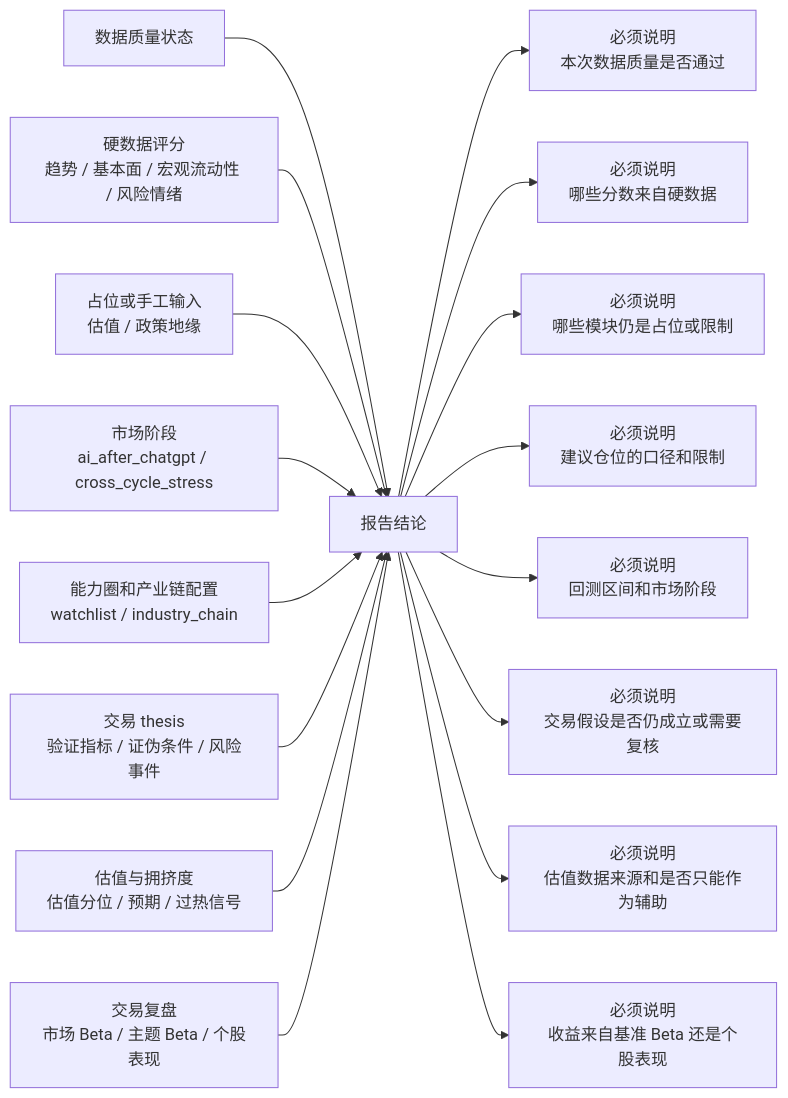
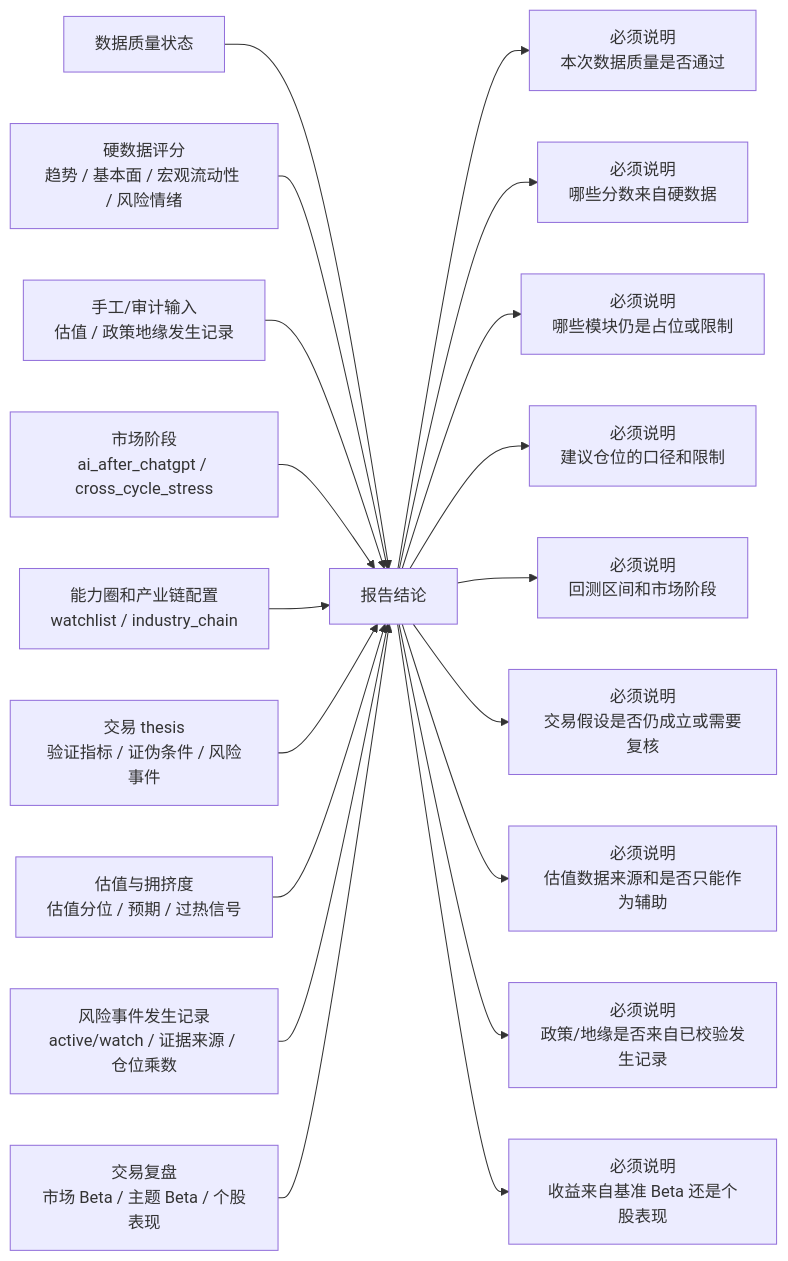
Before and after one commit to AI-Trading-Collaboration/AITradingSystem: the fourth of 5 diagrams in docs/system_flow.md, drawn with Mermaid. The commit also changed other lines of this file and 15 other files, not shown here.

````diff
--- a/docs/system_flow.md
+++ b/docs/system_flow.md
@@ -317,20 +326,22 @@
 ```mermaid
 flowchart LR
     A["数据质量状态"] --> E["报告结论"]
     B["硬数据评分<br/>趋势 / 基本面 / 宏观流动性 / 风险情绪"] --> E
-    C["占位或手工输入<br/>估值 / 政策地缘"] --> E
+    C["手工/审计输入<br/>估值 / 政策地缘发生记录"] --> E
     D["市场阶段<br/>ai_after_chatgpt / cross_cycle_stress"] --> E
     F["能力圈和产业链配置<br/>watchlist / industry_chain"] --> E
     L["交易 thesis<br/>验证指标 / 证伪条件 / 风险事件"] --> E
     N["估值与拥挤度<br/>估值分位 / 预期 / 过热信号"] --> E
+    Q["风险事件发生记录<br/>active/watch / 证据来源 / 仓位乘数"] --> E
     P["交易复盘<br/>市场 Beta / 主题 Beta / 个股表现"] --> E
 
     E --> G["必须说明<br/>本次数据质量是否通过"]
     E --> H["必须说明<br/>哪些分数来自硬数据"]
     E --> I["必须说明<br/>哪些模块仍是占位或限制"]
     E --> J["必须说明<br/>建议仓位的口径和限制"]
     E --> K["必须说明<br/>回测区间和市场阶段"]
     E --> M["必须说明<br/>交易假设是否仍成立或需要复核"]
     E --> O["必须说明<br/>估值数据来源和是否只能作为辅助"]
+    E --> Q2["必须说明<br/>政策/地缘是否来自已校验发生记录"]
     E --> P2["必须说明<br/>收益来自基准 Beta 还是个股表现"]
 ```
````
